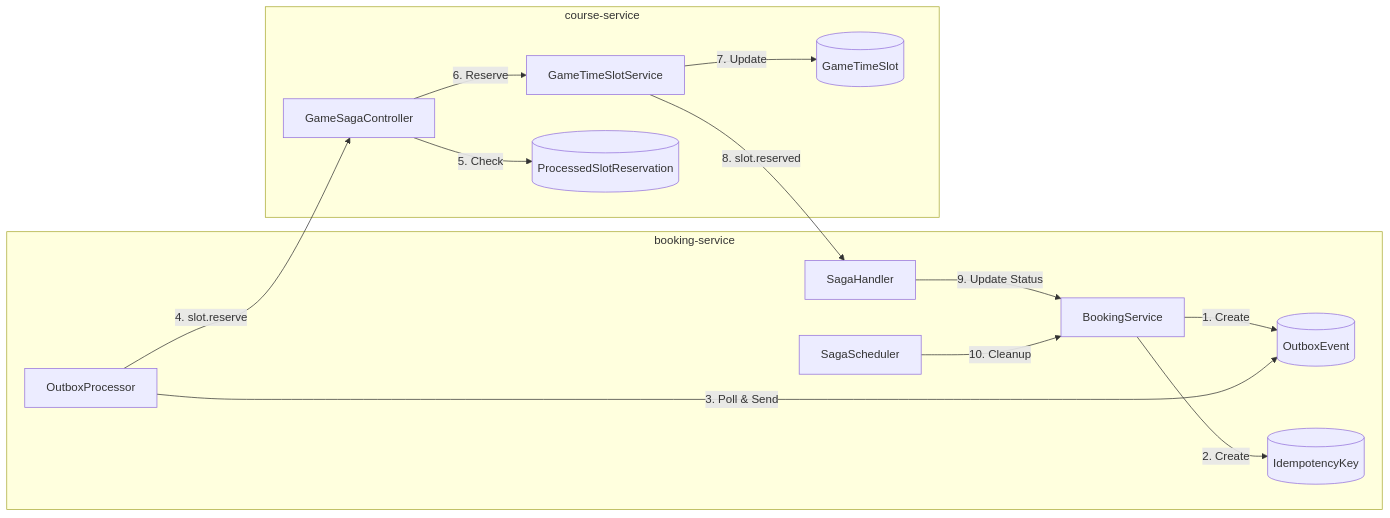
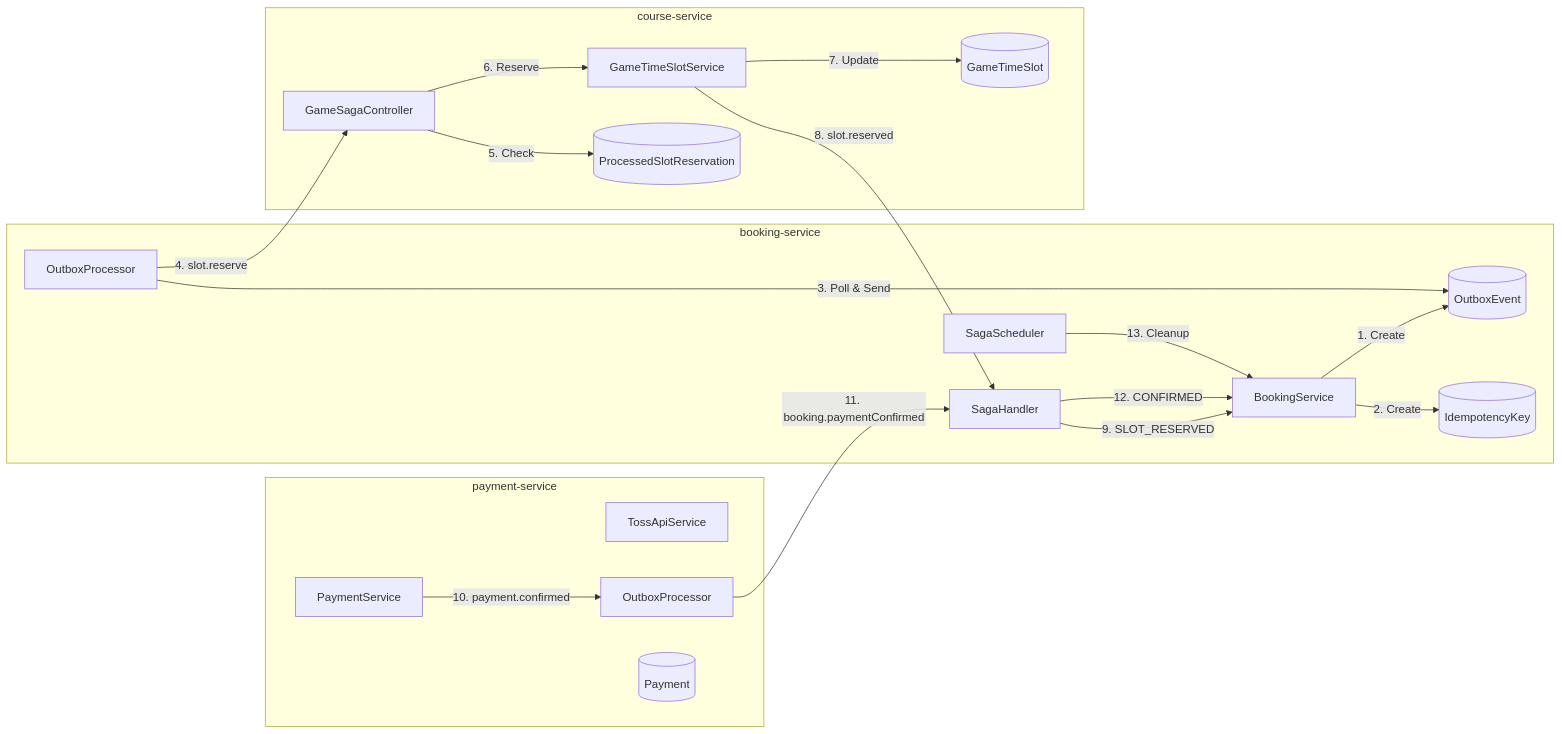
One commit to uniyous/parkgolf-platform changed the second of 12 diagrams in docs/BOOKING_WORKFLOW.md. Above: the diagram before and after it, drawn with Mermaid. The commit also changed other lines of this file and 4 other files, not shown here.

First line of the commit message:
feat(booking): Saga에 결제 프로세스 통합 (SLOT_RESERVED 활성화)

````diff
--- a/docs/BOOKING_WORKFLOW.md
+++ b/docs/BOOKING_WORKFLOW.md
@@ -92,29 +105,39 @@
 ```mermaid
 flowchart LR
     subgraph "booking-service"
         A[BookingService]
         B[OutboxProcessor]
         C[SagaHandler]
         D[SagaScheduler]
         E[(OutboxEvent)]
         F[(IdempotencyKey)]
     end
 
     subgraph "course-service"
         G[GameSagaController]
         H[GameTimeSlotService]
         I[(ProcessedSlotReservation)]
         J[(GameTimeSlot)]
     end
 
+    subgraph "payment-service"
+        K[PaymentService]
+        L[TossApiService]
+        M[OutboxProcessor]
+        N[(Payment)]
+    end
+
     A -->|1. Create| E
     A -->|2. Create| F
     B -->|3. Poll & Send| E
     B -->|4. slot.reserve| G
     G -->|5. Check| I
     G -->|6. Reserve| H
     H -->|7. Update| J
     H -->|8. slot.reserved| C
-    C -->|9. Update Status| A
-    D -->|10. Cleanup| A
+    C -->|9. SLOT_RESERVED| A
+    K -->|10. payment.confirmed| M
+    M -->|11. booking.paymentConfirmed| C
+    C -->|12. CONFIRMED| A
+    D -->|13. Cleanup| A
 ```
````
